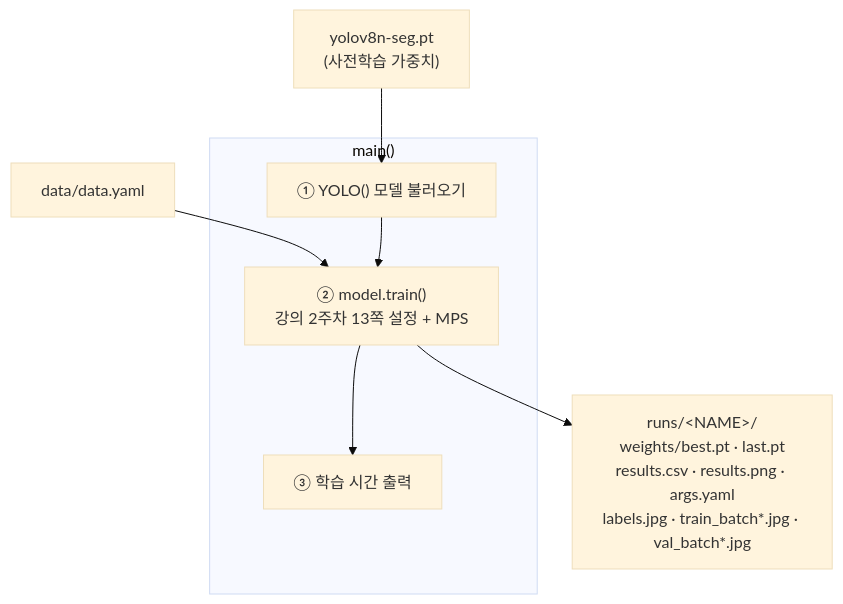
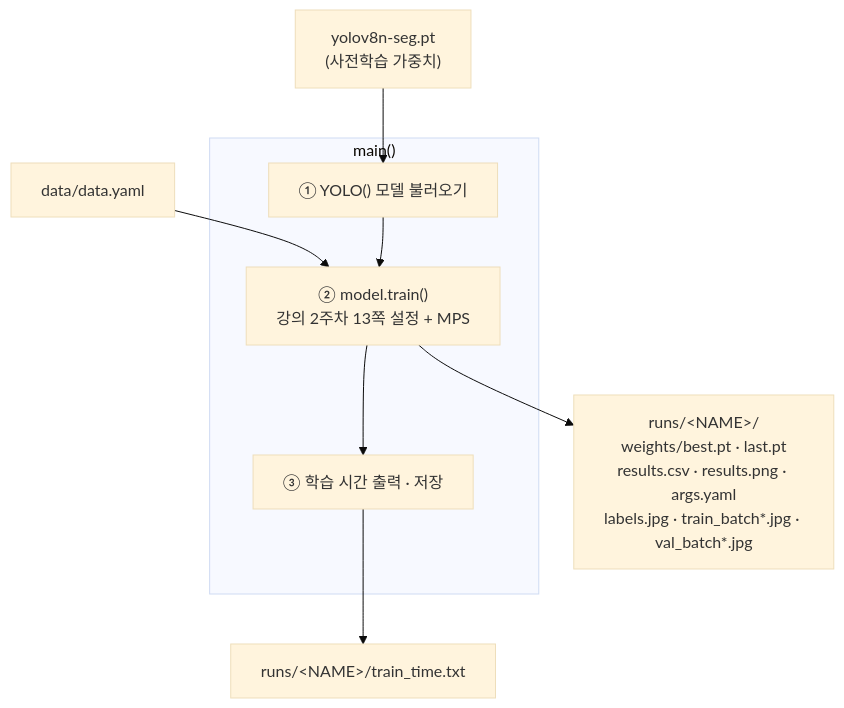
The diagram in scripts/mermaid/train.md (wm-shin/detect_surface_defects), drawn with Mermaid (base theme) before and after one commit. The commit also changed other lines of this file and 1 other file, not shown here.

Commit message:
train.py: 본 학습 설정(60 epochs, full)과 학습 시간 txt 저장

````diff
--- a/scripts/mermaid/train.md
+++ b/scripts/mermaid/train.md
@@ -19,12 +19,13 @@
 ```mermaid
 flowchart TD
     Y["data/data.yaml"] --> B
     W["yolov8n-seg.pt<br/>(사전학습 가중치)"] --> A
     subgraph M["main()"]
         A["① YOLO() 모델 불러오기"]
         B["② model.train()<br/>강의 2주차 13쪽 설정 + MPS"]
-        C["③ 학습 시간 출력"]
+        C["③ 학습 시간 출력 · 저장"]
         A --> B --> C
     end
     B --> R["runs/&lt;NAME&gt;/<br/>weights/best.pt · last.pt<br/>results.csv · results.png · args.yaml<br/>labels.jpg · train_batch*.jpg · val_batch*.jpg"]
+    C --> T["runs/&lt;NAME&gt;/train_time.txt"]
 ```
````
